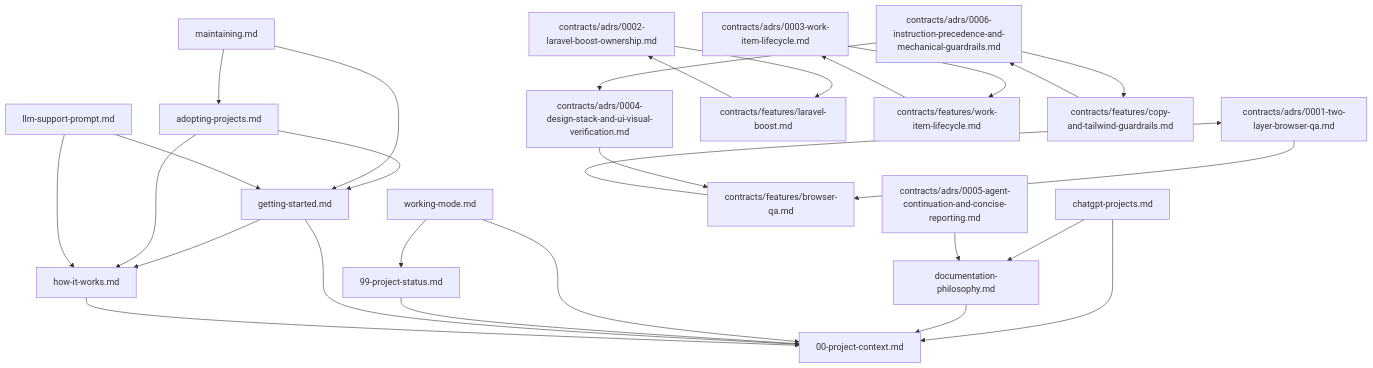
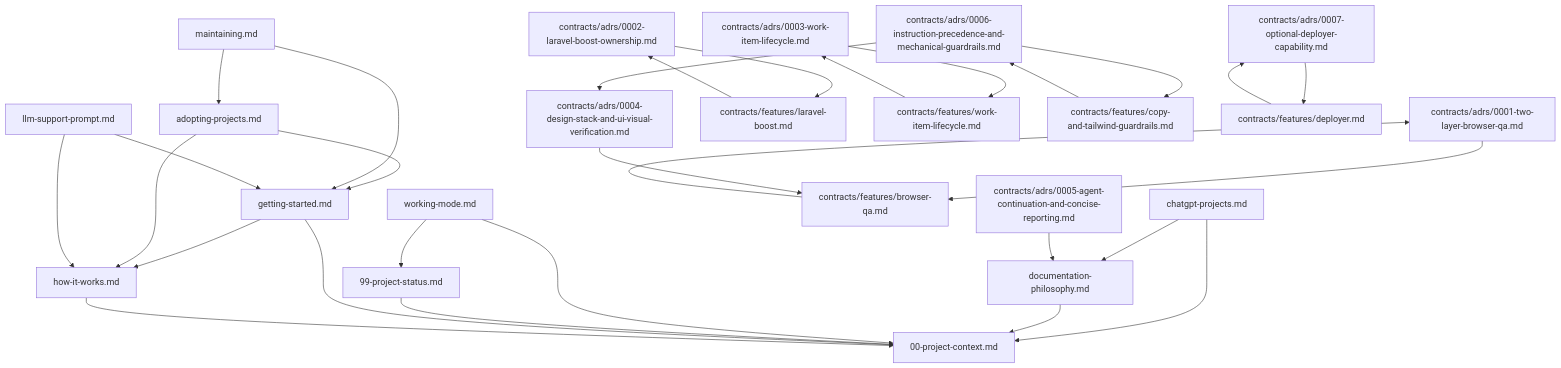
One commit to ConlinJoe/ai-platform changed the diagram in docs/README.md. Above: the diagram before and after it, drawn with Mermaid. The commit also changed other lines of this file and 30 other files, not shown here.

Commit message:
feat: add optional Deployer deployment stack

````diff
--- a/docs/README.md
+++ b/docs/README.md
@@ -44,50 +46,54 @@
 ```mermaid
 flowchart TD
   context[00-project-context.md]
   workingMode[working-mode.md]
   status[99-project-status.md]
   gettingStarted[getting-started.md]
   howItWorks[how-it-works.md]
   adopting[adopting-projects.md]
   maintaining[maintaining.md]
   llmSupport[llm-support-prompt.md]
   philosophy[documentation-philosophy.md]
   chatgpt[chatgpt-projects.md]
   browserAdr[contracts/adrs/0001-two-layer-browser-qa.md]
   boostAdr[contracts/adrs/0002-laravel-boost-ownership.md]
   workAdr[contracts/adrs/0003-work-item-lifecycle.md]
   designAdr[contracts/adrs/0004-design-stack-and-ui-visual-verification.md]
   continuationAdr[contracts/adrs/0005-agent-continuation-and-concise-reporting.md]
   guardrailAdr[contracts/adrs/0006-instruction-precedence-and-mechanical-guardrails.md]
+  deployerAdr[contracts/adrs/0007-optional-deployer-capability.md]
   browserQa[contracts/features/browser-qa.md]
   boost[contracts/features/laravel-boost.md]
   workItems[contracts/features/work-item-lifecycle.md]
   guardrails[contracts/features/copy-and-tailwind-guardrails.md]
+  deployer[contracts/features/deployer.md]
 
   chatgpt --> philosophy
   chatgpt --> context
   philosophy --> context
   workingMode --> context
   workingMode --> status
   status --> context
   gettingStarted --> howItWorks
   gettingStarted --> context
   howItWorks --> context
   adopting --> gettingStarted
   adopting --> howItWorks
   maintaining --> gettingStarted
   maintaining --> adopting
   llmSupport --> gettingStarted
   llmSupport --> howItWorks
   continuationAdr --> philosophy
   browserAdr --> browserQa
   boostAdr --> boost
   workAdr --> workItems
   designAdr --> browserQa
   guardrailAdr --> guardrails
   guardrailAdr --> designAdr
+  deployerAdr --> deployer
   browserQa --> browserAdr
   boost --> boostAdr
   workItems --> workAdr
   guardrails --> guardrailAdr
+  deployer --> deployerAdr
 ```
````
